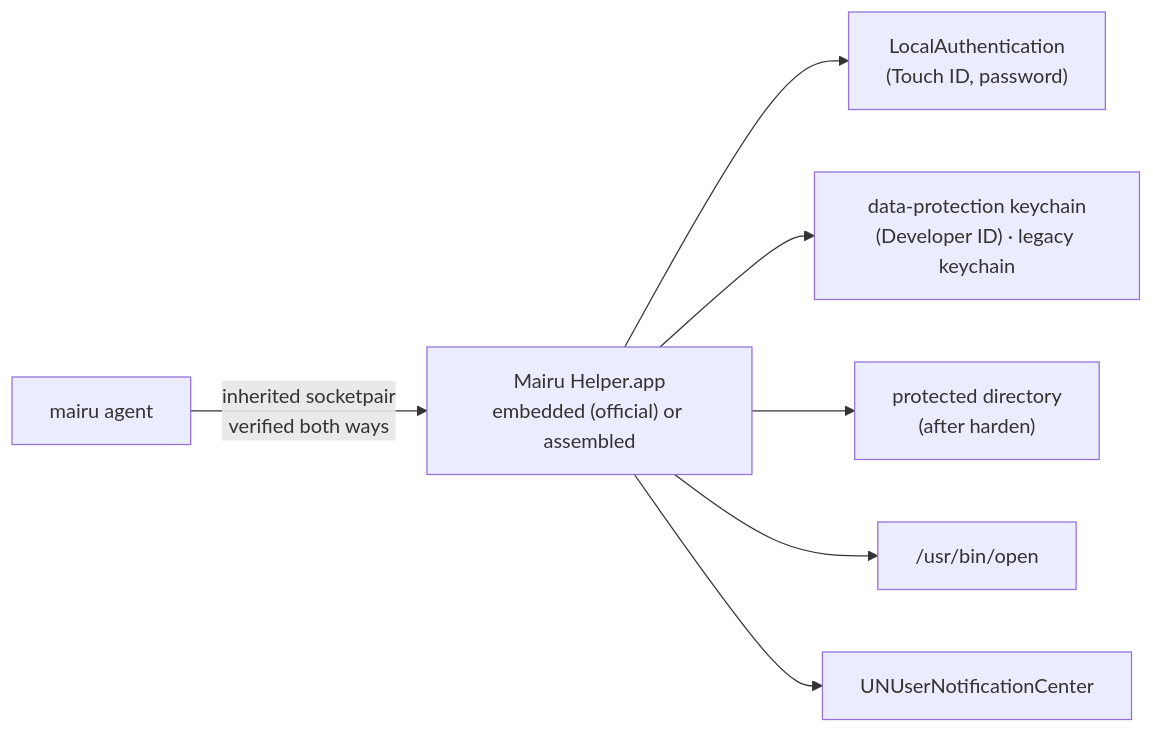
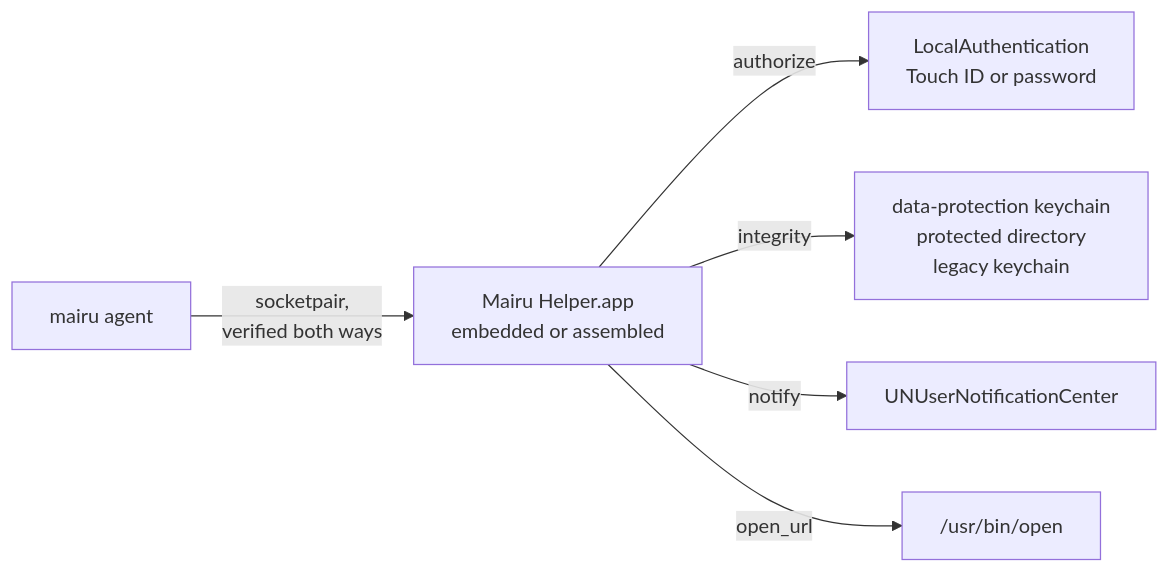
The first of 2 diagrams in docs/specs/019-macos-platform-helper.md (sorah/mairu), drawn with Mermaid before and after one commit. The commit also changed other lines of this file and 17 other files, not shown here.

First line of the commit message:
docs/specs: rework diagrams and helper locations

````diff
--- a/docs/specs/019-macos-platform-helper.md
+++ b/docs/specs/019-macos-platform-helper.md
@@ -175,9 +175,8 @@
 ```mermaid
 flowchart LR
-  A["mairu agent"] -- "inherited socketpair<br/>verified both ways" --> H["Mairu Helper.app<br/>embedded (official) or assembled"]
-  H --> LA["LocalAuthentication<br/>(Touch ID, password)"]
-  H --> KC["data-protection keychain<br/>(Developer ID) · legacy keychain"]
-  H --> PD["protected directory<br/>(after harden)"]
-  H --> OP["/usr/bin/open"]
-  H --> UN["UNUserNotificationCenter"]
+  A["mairu agent"] -- "socketpair,<br/>verified both ways" --> H["Mairu Helper.app<br/>embedded or assembled"]
+  H -- "authorize" --> LA["LocalAuthentication<br/>Touch ID or password"]
+  H -- "integrity" --> KC["data-protection keychain<br/>protected directory<br/>legacy keychain"]
+  H -- "notify" --> UN["UNUserNotificationCenter"]
+  H -- "open_url" --> OP["/usr/bin/open"]
 ```
````
